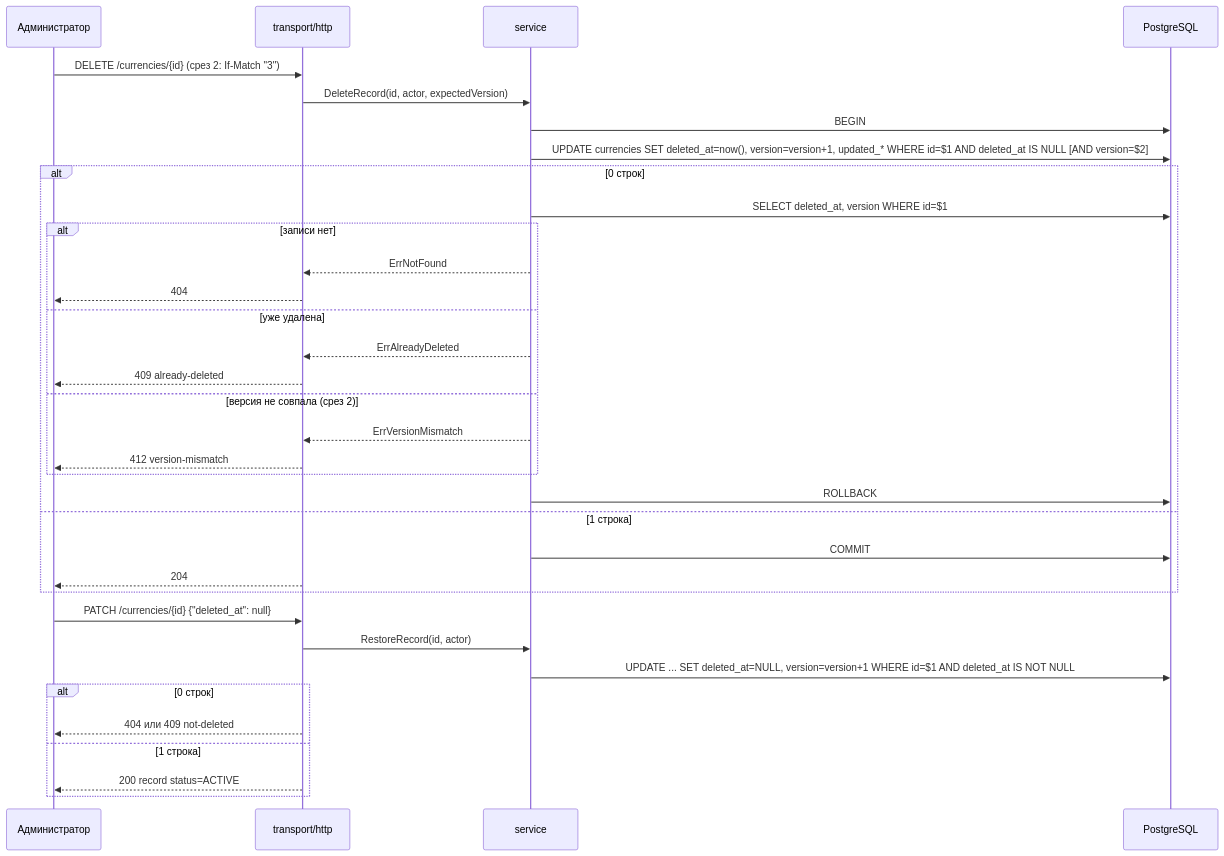
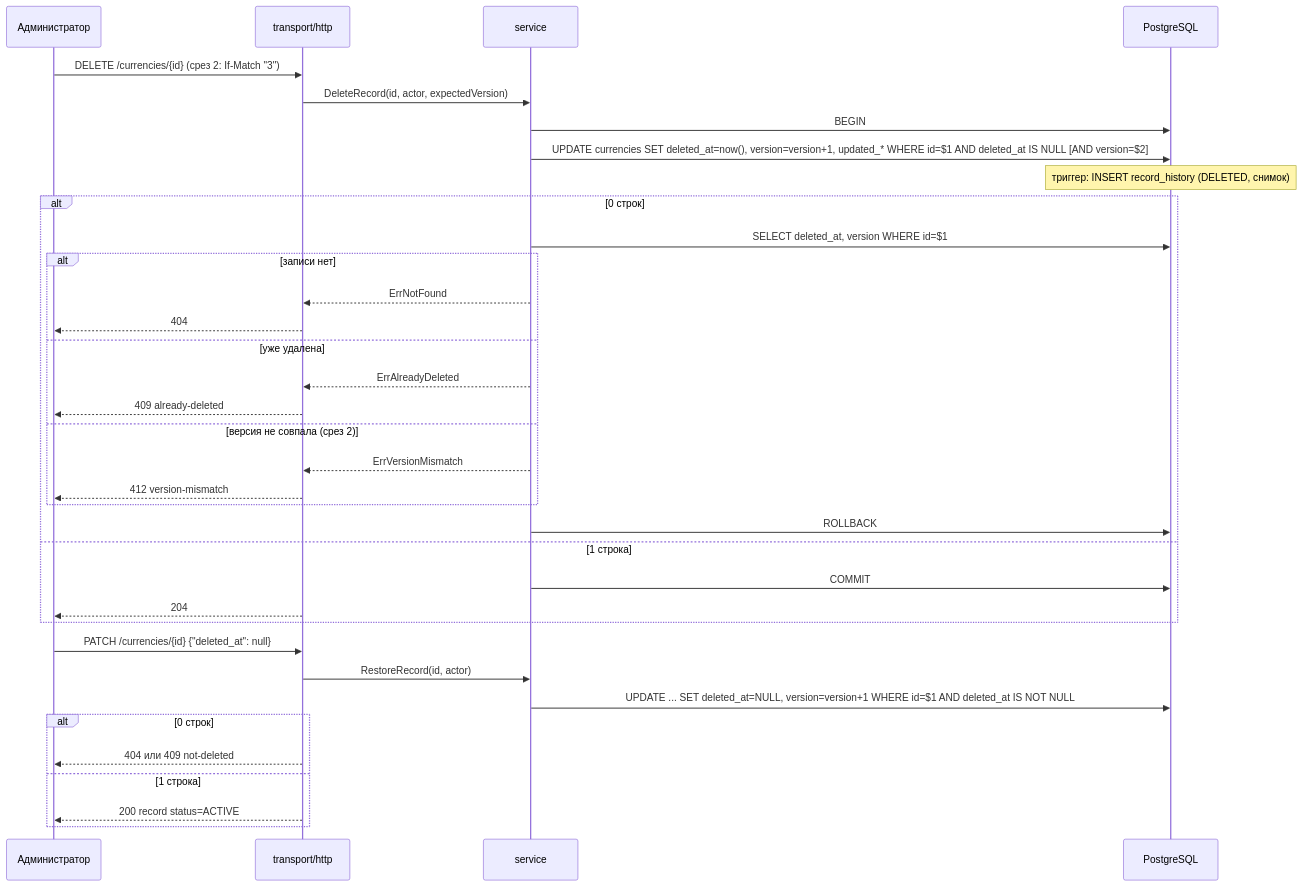
Before and after one commit to MEPhI-C22-501/arch-info-system-monorepo: the second of 7 diagrams in reference-manager/docs/block-i-integration-and-deployment/155.sequence-diagrams.md, drawn with Mermaid. The commit also changed other lines of this file and 26 other files, not shown here.

First line of the commit message:
docs(reference-manager): add record history, drop multi-tenancy, define CRUXD roles

````diff
--- a/reference-manager/docs/block-i-integration-and-deployment/155.sequence-diagrams.md
+++ b/reference-manager/docs/block-i-integration-and-deployment/155.sequence-diagrams.md
@@ -49,36 +50,37 @@
 ```mermaid
 sequenceDiagram
     participant A as Администратор
     participant H as transport/http
     participant S as service
     participant DB as PostgreSQL
     A->>H: DELETE /currencies/{id} (срез 2: If-Match "3")
     H->>S: DeleteRecord(id, actor, expectedVersion)
     S->>DB: BEGIN
     S->>DB: UPDATE currencies SET deleted_at=now(), version=version+1, updated_* WHERE id=$1 AND deleted_at IS NULL [AND version=$2]
+    Note over DB: триггер: INSERT record_history (DELETED, снимок)
     alt 0 строк
         S->>DB: SELECT deleted_at, version WHERE id=$1
         alt записи нет
             S-->>H: ErrNotFound
             H-->>A: 404
         else уже удалена
             S-->>H: ErrAlreadyDeleted
             H-->>A: 409 already-deleted
         else версия не совпала (срез 2)
             S-->>H: ErrVersionMismatch
             H-->>A: 412 version-mismatch
         end
         S->>DB: ROLLBACK
     else 1 строка
         S->>DB: COMMIT
         H-->>A: 204
     end
     A->>H: PATCH /currencies/{id} {"deleted_at": null}
     H->>S: RestoreRecord(id, actor)
     S->>DB: UPDATE ... SET deleted_at=NULL, version=version+1 WHERE id=$1 AND deleted_at IS NOT NULL
     alt 0 строк
         H-->>A: 404 или 409 not-deleted
     else 1 строка
         H-->>A: 200 record status=ACTIVE
     end
 ```
````
